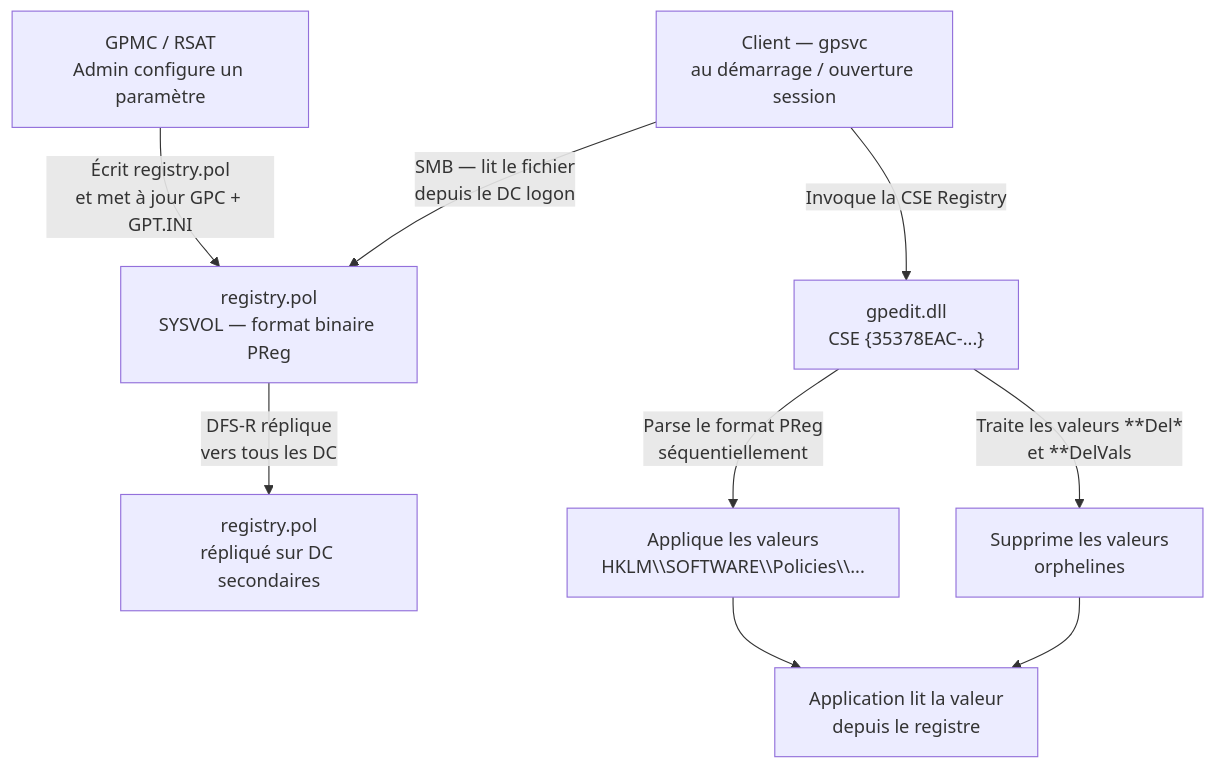
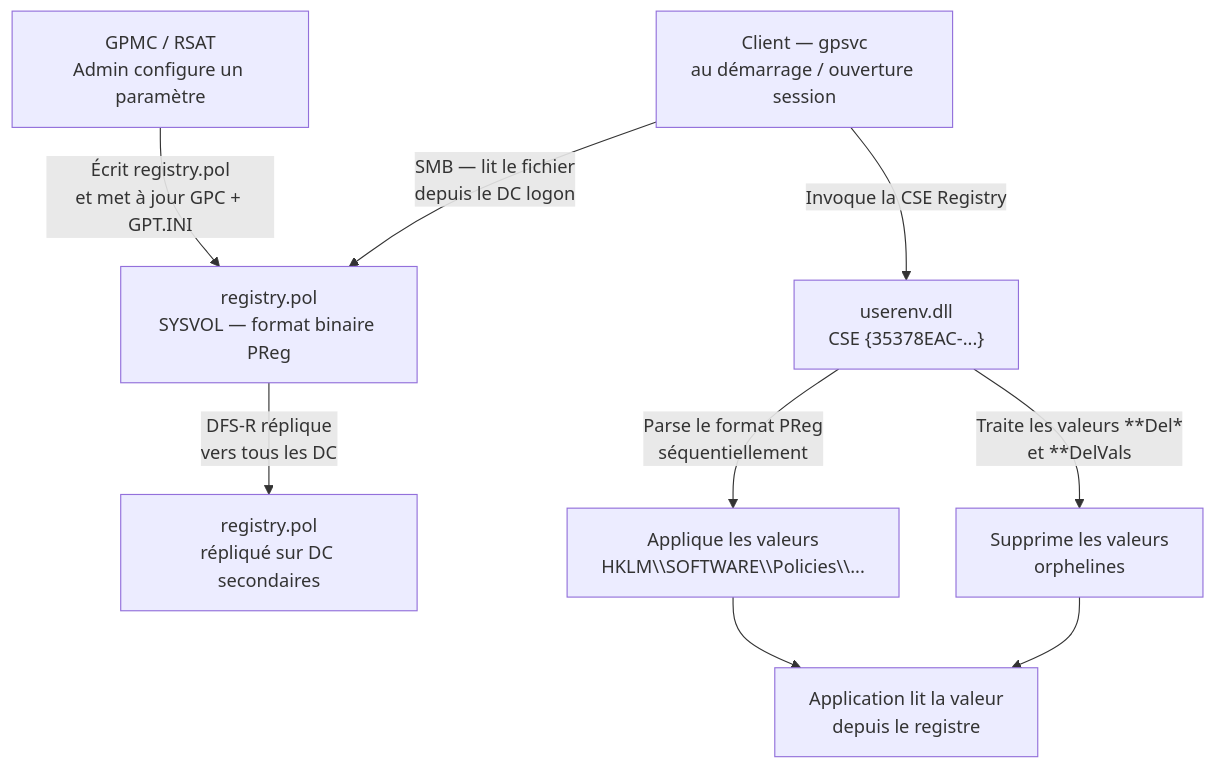
One commit to VBlackJack/Quid changed the first of 2 diagrams in docs/books/bible-gpo/06-registry-pol.md. Above: the diagram before and after it, drawn with Mermaid. The commit also changed other lines of this file and 47 other files, not shown here.

````diff
--- a/docs/books/bible-gpo/06-registry-pol.md
+++ b/docs/books/bible-gpo/06-registry-pol.md
@@ -146,11 +146,11 @@
 ```mermaid
 flowchart TD
     A["GPMC / RSAT<br/>Admin configure un paramètre"] -->|"Écrit registry.pol<br/>et met à jour GPC + GPT.INI"| B["registry.pol<br/>SYSVOL — format binaire PReg"]
     B -->|"DFS-R réplique<br/>vers tous les DC"| C["registry.pol<br/>répliqué sur DC secondaires"]
     D["Client — gpsvc<br/>au démarrage / ouverture session"] -->|"SMB — lit le fichier<br/>depuis le DC logon"| B
-    D -->|"Invoque la CSE Registry"| E["gpedit.dll<br/>CSE {35378EAC-...}"]
+    D -->|"Invoque la CSE Registry"| E["userenv.dll<br/>CSE {35378EAC-...}"]
     E -->|"Parse le format PReg<br/>séquentiellement"| F["Applique les valeurs<br/>HKLM\\SOFTWARE\\Policies\\..."]
     E -->|"Traite les valeurs **Del*<br/>et **DelVals"| G["Supprime les valeurs<br/>orphelines"]
     F --> H["Application lit la valeur<br/>depuis le registre"]
     G --> H
 ```
````
